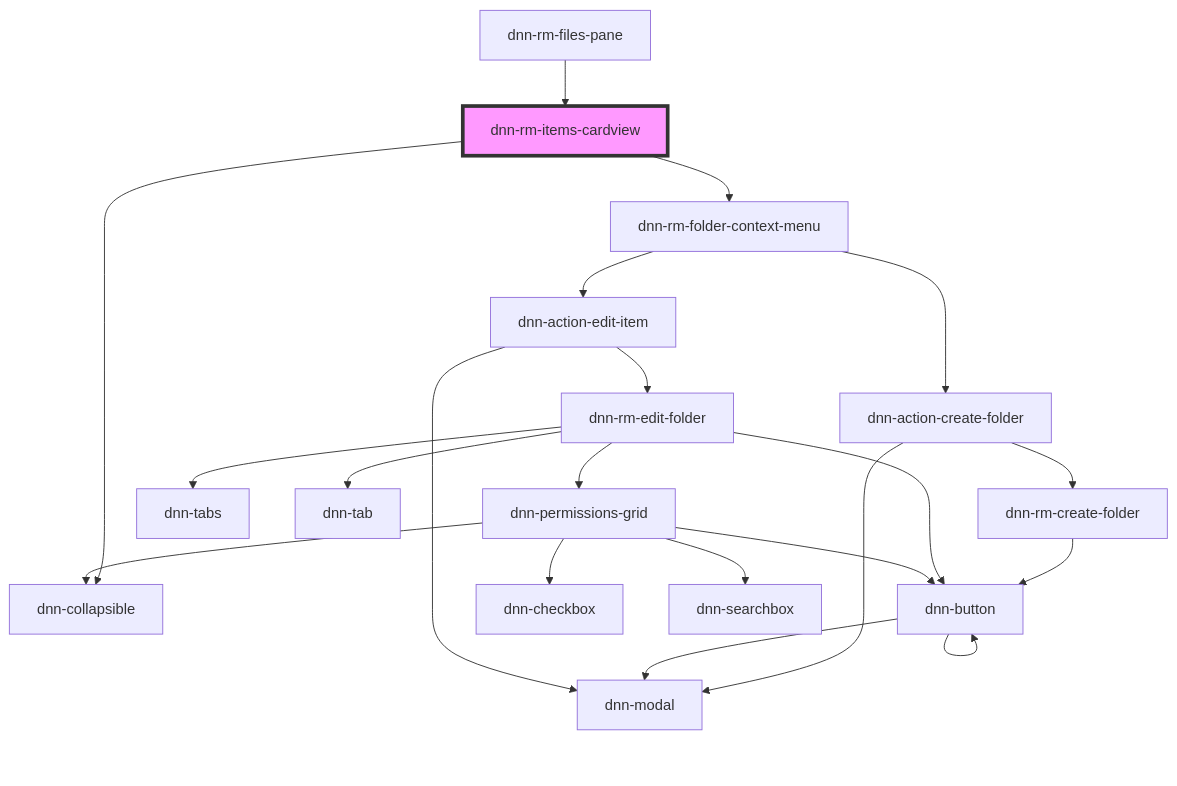
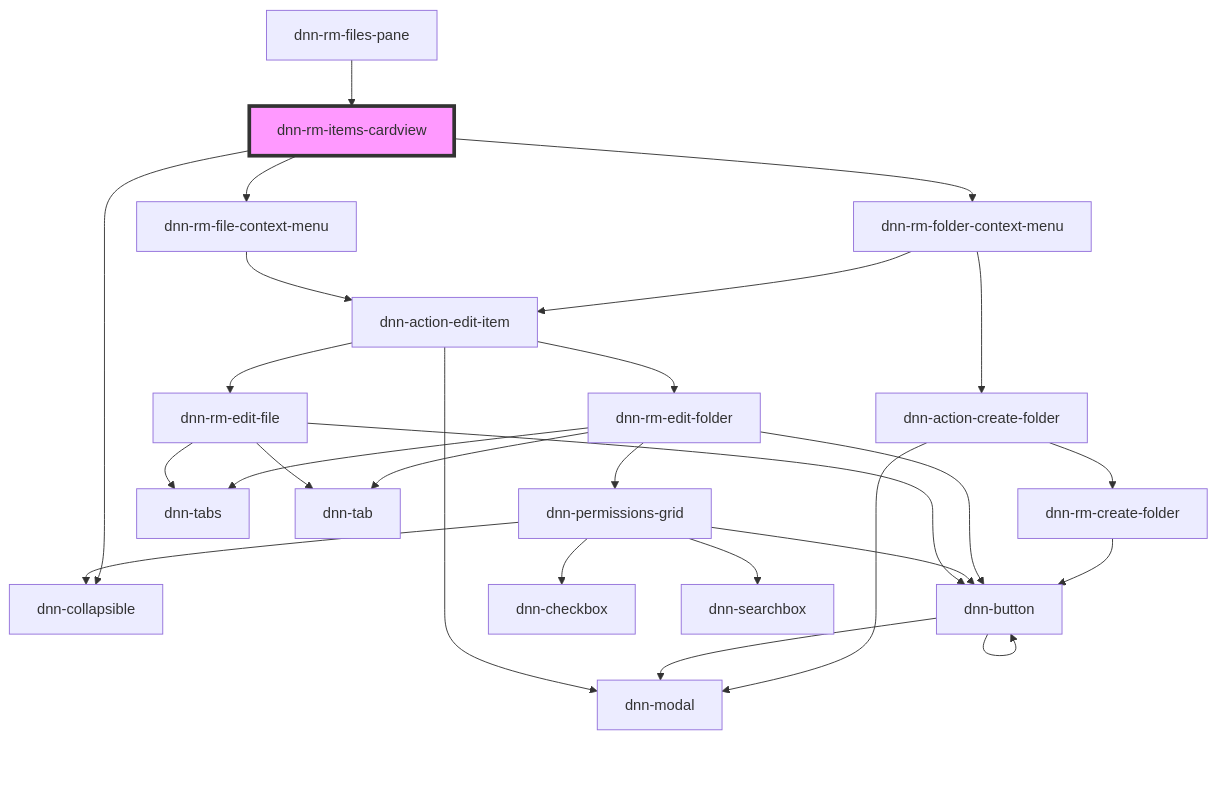
The diagram in DNN Platform/Modules/ResourceManager/ResourceManager.Web/src/components/dnn-rm-items-cardview/readme.md (dnnsoftware/Dnn.Platform), drawn with Mermaid before and after one commit. The commit also changed other lines of this file and 23 other files, not shown here.

````diff
--- a/DNN Platform/Modules/ResourceManager/ResourceManager.Web/src/components/dnn-rm-items-cardview/readme.md
+++ b/DNN Platform/Modules/ResourceManager/ResourceManager.Web/src/components/dnn-rm-items-cardview/readme.md
@@ -27,24 +28,30 @@
 ```mermaid
 graph TD;
   dnn-rm-items-cardview --> dnn-collapsible
   dnn-rm-items-cardview --> dnn-rm-folder-context-menu
+  dnn-rm-items-cardview --> dnn-rm-file-context-menu
   dnn-rm-folder-context-menu --> dnn-action-create-folder
   dnn-rm-folder-context-menu --> dnn-action-edit-item
   dnn-action-create-folder --> dnn-modal
   dnn-action-create-folder --> dnn-rm-create-folder
   dnn-rm-create-folder --> dnn-button
   dnn-button --> dnn-modal
   dnn-button --> dnn-button
   dnn-action-edit-item --> dnn-modal
   dnn-action-edit-item --> dnn-rm-edit-folder
+  dnn-action-edit-item --> dnn-rm-edit-file
   dnn-rm-edit-folder --> dnn-tabs
   dnn-rm-edit-folder --> dnn-tab
   dnn-rm-edit-folder --> dnn-permissions-grid
   dnn-rm-edit-folder --> dnn-button
   dnn-permissions-grid --> dnn-checkbox
   dnn-permissions-grid --> dnn-button
   dnn-permissions-grid --> dnn-searchbox
   dnn-permissions-grid --> dnn-collapsible
+  dnn-rm-edit-file --> dnn-tabs
+  dnn-rm-edit-file --> dnn-tab
+  dnn-rm-edit-file --> dnn-button
+  dnn-rm-file-context-menu --> dnn-action-edit-item
   dnn-rm-files-pane --> dnn-rm-items-cardview
   style dnn-rm-items-cardview fill:#f9f,stroke:#333,stroke-width:4px
 ```
````
